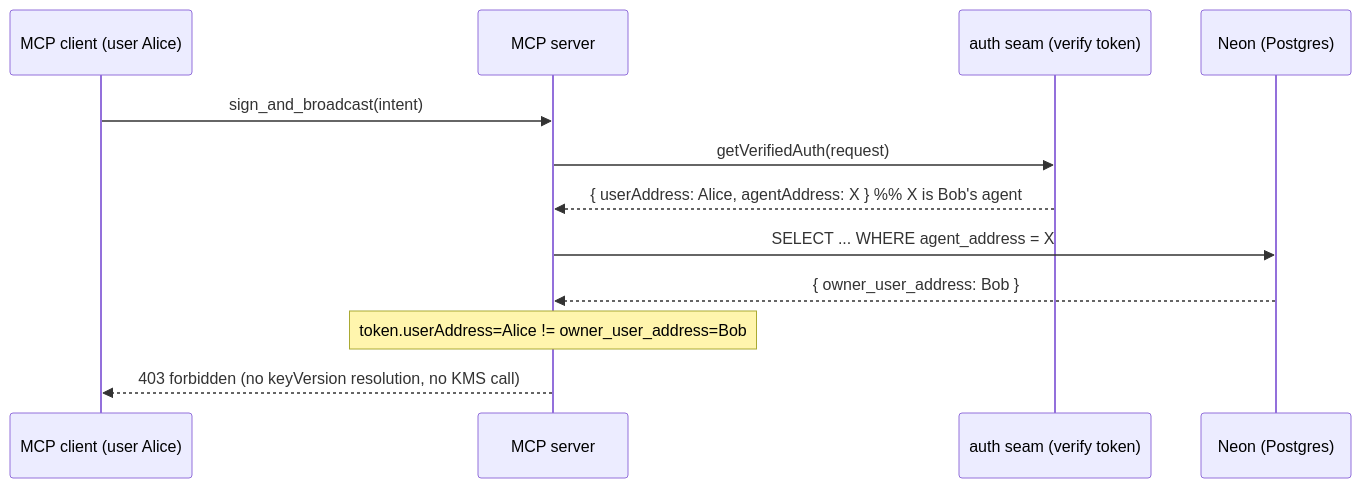
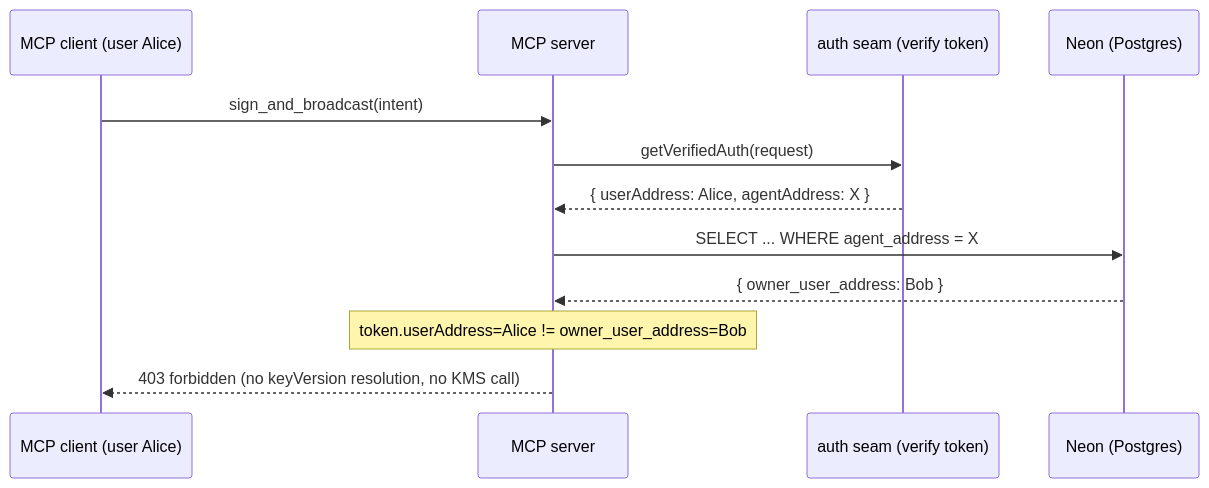
One commit to mujahidkai/agoric-sdk changed the third of 3 diagrams in designs/mcp-kms-agent-signer.md. Above: the diagram before and after it, drawn with Mermaid. The commit also changed other lines of this file, not shown here.

Commit message:
fix(design): make mermaid sequence diagrams render on GitHub

````diff
--- a/designs/mcp-kms-agent-signer.md
+++ b/designs/mcp-kms-agent-signer.md
@@ -172,15 +175,16 @@
 ```mermaid
 sequenceDiagram
     participant C as MCP client (user Alice)
     participant S as MCP server
     participant A as auth seam (verify token)
     participant N as Neon (Postgres)
 
     C->>S: sign_and_broadcast(intent)
     S->>A: getVerifiedAuth(request)
-    A-->>S: { userAddress: Alice, agentAddress: X }  %% X is Bob's agent
+    %% X is Bob's agent
+    A-->>S: { userAddress: Alice, agentAddress: X }
     S->>N: SELECT ... WHERE agent_address = X
     N-->>S: { owner_user_address: Bob }
     Note over S: token.userAddress=Alice != owner_user_address=Bob
     S-->>C: 403 forbidden (no keyVersion resolution, no KMS call)
 ```
````
